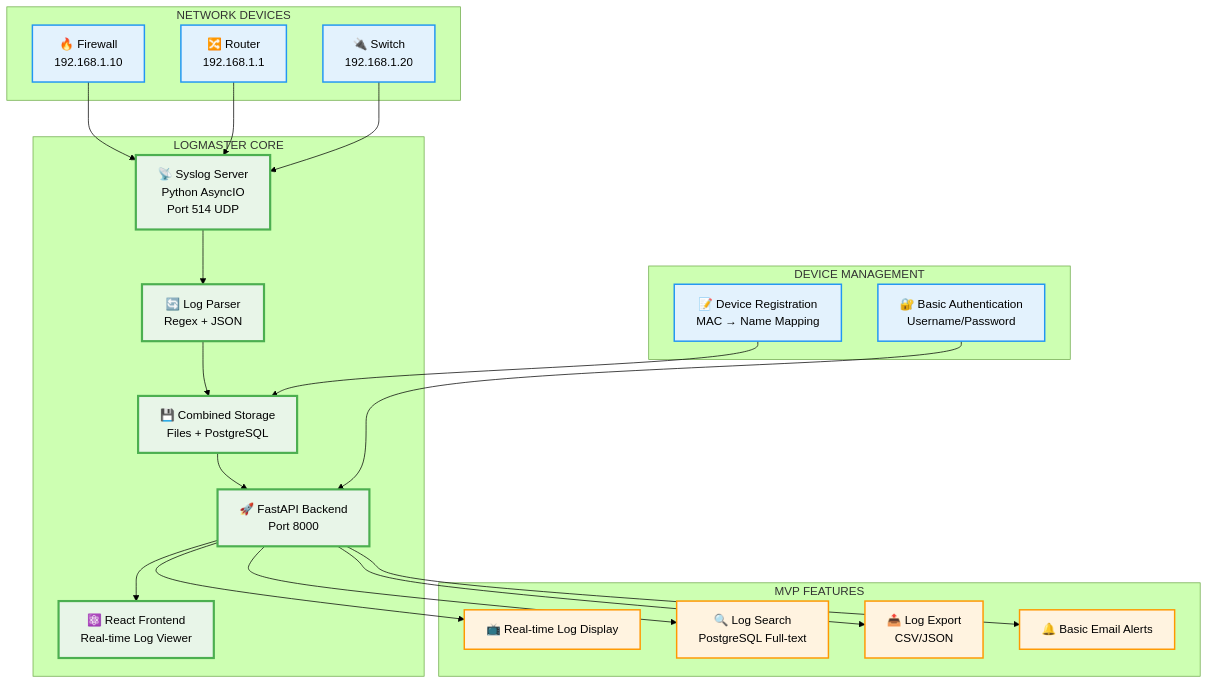
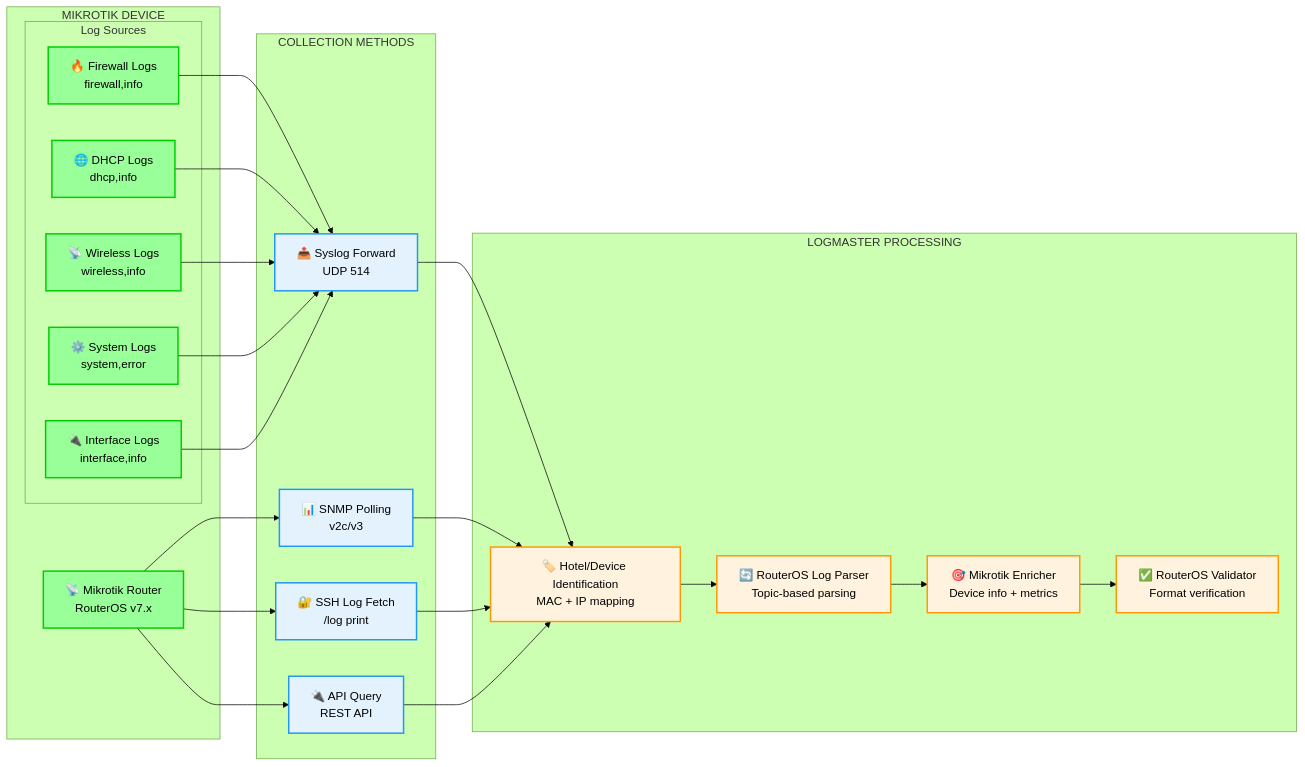
Before and after one commit to ozkanguner/logmaster: the second of 3 diagrams in docs/architecture/data-flow.md, drawn with Mermaid (forest theme). The commit also changed other lines of this file and 1 other file, not shown here.

Commit message:
🏨 Update Architecture Diagrams for Hotel Chain Management

````diff
--- a/docs/architecture/data-flow.md
+++ b/docs/architecture/data-flow.md
@@ -143,54 +164,57 @@
 ```mermaid
-graph TD
-    subgraph "NETWORK DEVICES"
-        FW["🔥 Firewall<br/>192.168.1.10"]
-        RTR["🔀 Router<br/>192.168.1.1"]
-        SW["🔌 Switch<br/>192.168.1.20"]
+graph LR
+    subgraph "MIKROTIK DEVICE"
+        MT_DEVICE["📡 Mikrotik Router<br/>RouterOS v7.x"]
+        
+        subgraph "Log Sources"
+            FW_LOGS["🔥 Firewall Logs<br/>firewall,info"]
+            DHCP_LOGS["🌐 DHCP Logs<br/>dhcp,info"]
+            WIFI_LOGS["📡 Wireless Logs<br/>wireless,info"]
+            SYS_LOGS["⚙️ System Logs<br/>system,error"]
+            INT_LOGS["🔌 Interface Logs<br/>interface,info"]
+        end
     end
     
-    subgraph "LOGMASTER CORE"
-        SYSLOG["📡 Syslog Server<br/>Python AsyncIO<br/>Port 514 UDP"]
-        PARSER["🔄 Log Parser<br/>Regex + JSON"]
-        STORAGE["💾 Combined Storage<br/>Files + PostgreSQL"]
-        API["🚀 FastAPI Backend<br/>Port 8000"]
-        WEB["⚛️ React Frontend<br/>Real-time Log Viewer"]
+    subgraph "COLLECTION METHODS"
+        SYSLOG_OUT["📤 Syslog Forward<br/>UDP 514"]
+        SNMP_POLL["📊 SNMP Polling<br/>v2c/v3"]
+        SSH_FETCH["🔐 SSH Log Fetch<br/>/log print"]
+        API_QUERY["🔌 API Query<br/>REST API"]
     end
     
-    subgraph "DEVICE MANAGEMENT"
-        REG["📝 Device Registration<br/>MAC → Name Mapping"]
-        AUTH["🔐 Basic Authentication<br/>Username/Password"]
+    subgraph "LOGMASTER PROCESSING"
+        MT_IDENTIFIER["🏷️ Hotel/Device Identification<br/>MAC + IP mapping"]
+        MT_PARSER["🔄 RouterOS Log Parser<br/>Topic-based parsing"]
+        MT_ENRICHER["🎯 Mikrotik Enricher<br/>Device info + metrics"]
+        MT_VALIDATOR["✅ RouterOS Validator<br/>Format verification"]
     end
     
-    subgraph "MVP FEATURES"
-        REALTIME["📺 Real-time Log Display"]
-        SEARCH["🔍 Log Search<br/>PostgreSQL Full-text"]
-        EXPORT["📤 Log Export<br/>CSV/JSON"]
-        BASIC_ALERTS["🔔 Basic Email Alerts"]
-    end
+    %% Device to Collection
+    FW_LOGS --> SYSLOG_OUT
+    DHCP_LOGS --> SYSLOG_OUT
+    WIFI_LOGS --> SYSLOG_OUT
+    SYS_LOGS --> SYSLOG_OUT
+    INT_LOGS --> SYSLOG_OUT
     
-    %% Data Flow
-    FW --> SYSLOG
-    RTR --> SYSLOG
-    SW --> SYSLOG
+    MT_DEVICE --> SNMP_POLL
+    MT_DEVICE --> SSH_FETCH
+    MT_DEVICE --> API_QUERY
     
-    SYSLOG --> PARSER
-    PARSER --> STORAGE
-    STORAGE --> API
-    API --> WEB
+    %% Collection to Processing
+    SYSLOG_OUT --> MT_IDENTIFIER
+    SNMP_POLL --> MT_IDENTIFIER
+    SSH_FETCH --> MT_IDENTIFIER
+    API_QUERY --> MT_IDENTIFIER
     
-    REG --> STORAGE
-    AUTH --> API
+    MT_IDENTIFIER --> MT_PARSER
+    MT_PARSER --> MT_ENRICHER
+    MT_ENRICHER --> MT_VALIDATOR
     
-    API --> REALTIME
-    API --> SEARCH
-    API --> EXPORT
-    API --> BASIC_ALERTS
+    classDef mikrotik fill:#99ff99,stroke:#00cc00,stroke-width:2px
+    classDef collection fill:#e3f2fd,stroke:#2196f3,stroke-width:2px
+    classDef processing fill:#fff3e0,stroke:#ff9800,stroke-width:2px
     
-    classDef core fill:#e8f5e8,stroke:#4caf50,stroke-width:3px
-    classDef device fill:#e3f2fd,stroke:#2196f3,stroke-width:2px
-    classDef feature fill:#fff3e0,stroke:#ff9800,stroke-width:2px
-    
-    class SYSLOG,PARSER,STORAGE,API,WEB core
-    class FW,RTR,SW,REG,AUTH device
-    class REALTIME,SEARCH,EXPORT,BASIC_ALERTS feature
+    class MT_DEVICE,FW_LOGS,DHCP_LOGS,WIFI_LOGS,SYS_LOGS,INT_LOGS mikrotik
+    class SYSLOG_OUT,SNMP_POLL,SSH_FETCH,API_QUERY collection
+    class MT_IDENTIFIER,MT_PARSER,MT_ENRICHER,MT_VALIDATOR processing
 ```
````
